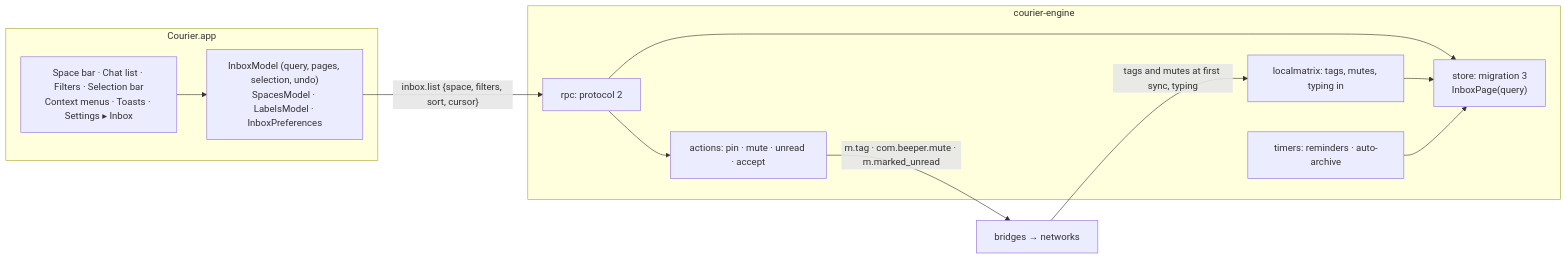
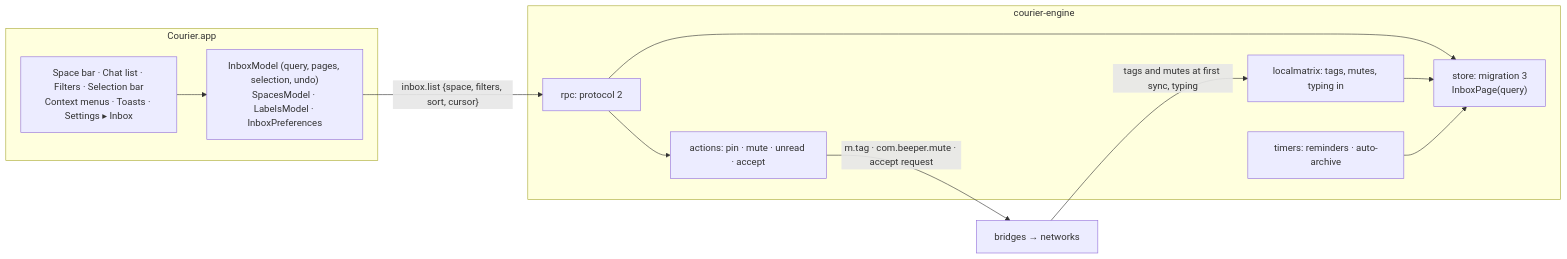
One commit to VitruvianSoftware/vitruvian-core changed the diagram in docs/superpowers/plans/2026-10-17-courier-m4-1-organise-the-inbox.md. Above: the diagram before and after it, drawn with Mermaid. The commit also changed other lines of this file and 11 other files, not shown here.

First line of the commit message:
fix(courier): keep unread marks on this Mac and never undo an accepted request

````diff
--- a/docs/superpowers/plans/2026-10-17-courier-m4-1-organise-the-inbox.md
+++ b/docs/superpowers/plans/2026-10-17-courier-m4-1-organise-the-inbox.md
@@ -13,20 +13,20 @@
 ```mermaid
 flowchart LR
   subgraph App["Courier.app"]
     V["Space bar · Chat list · Filters · Selection bar<br/>Context menus · Toasts · Settings ▸ Inbox"]
     M["InboxModel (query, pages, selection, undo)<br/>SpacesModel · LabelsModel · InboxPreferences"]
   end
   subgraph Engine["courier-engine"]
     R["rpc: protocol 2"]
     A["actions: pin · mute · unread · accept"]
     T["timers: reminders · auto-archive"]
     S["store: migration 3<br/>InboxPage(query)"]
     L["localmatrix: tags, mutes, typing in"]
   end
   Net["bridges → networks"]
   V --> M -->|"inbox.list {space, filters, sort, cursor}"| R
   R --> S & A
-  A -->|"m.tag · com.beeper.mute · m.marked_unread"| Net
+  A -->|"m.tag · com.beeper.mute · accept request"| Net
   Net -->|"tags and mutes at first sync, typing"| L --> S
   T --> S
 ```
````
